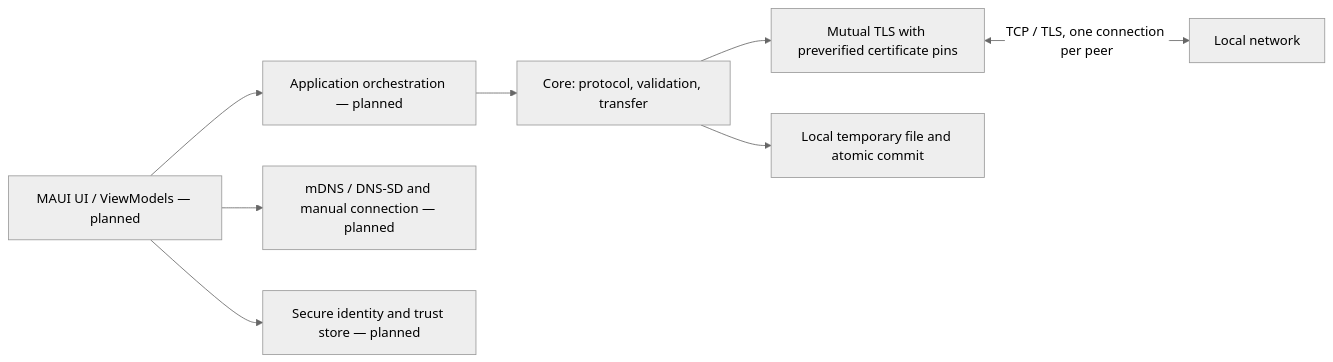
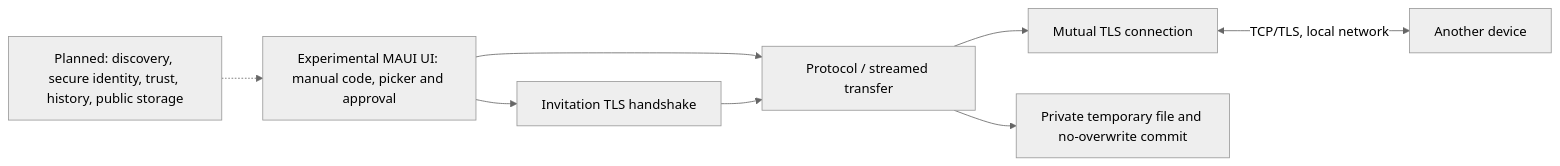
The first of 2 diagrams in docs/ARCHITECTURE.md (godrich-hk/netconnect), drawn with Mermaid (neutral theme) before and after one commit. The commit also changed other lines of this file and 6 other files, not shown here.

````diff
--- a/docs/ARCHITECTURE.md
+++ b/docs/ARCHITECTURE.md
@@ -5,10 +5,10 @@
 ```mermaid
 flowchart LR
-  UI["MAUI UI / ViewModels — planned"] --> APP["Application orchestration — planned"]
-  APP --> CORE["Core: protocol, validation, transfer"]
-  CORE --> TLS["Mutual TLS with preverified certificate pins"]
-  CORE --> STORE["Local temporary file and atomic commit"]
-  UI --> DISC["mDNS / DNS-SD and manual connection — planned"]
-  UI --> TRUST["Secure identity and trust store — planned"]
-  TLS <-->|"TCP / TLS, one connection per peer"| LAN["Local network"]
+  UI["Experimental MAUI UI: manual code, picker and approval"] --> PAIR["Invitation TLS handshake"]
+  UI --> CORE["Protocol / streamed transfer"]
+  PAIR --> CORE
+  CORE --> TLS["Mutual TLS connection"]
+  CORE --> STORE["Private temporary file and no-overwrite commit"]
+  TLS <-->|"TCP/TLS, local network"| LAN["Another device"]
+  NEXT["Planned: discovery, secure identity, trust, history, public storage"] -.-> UI
 ```
````
